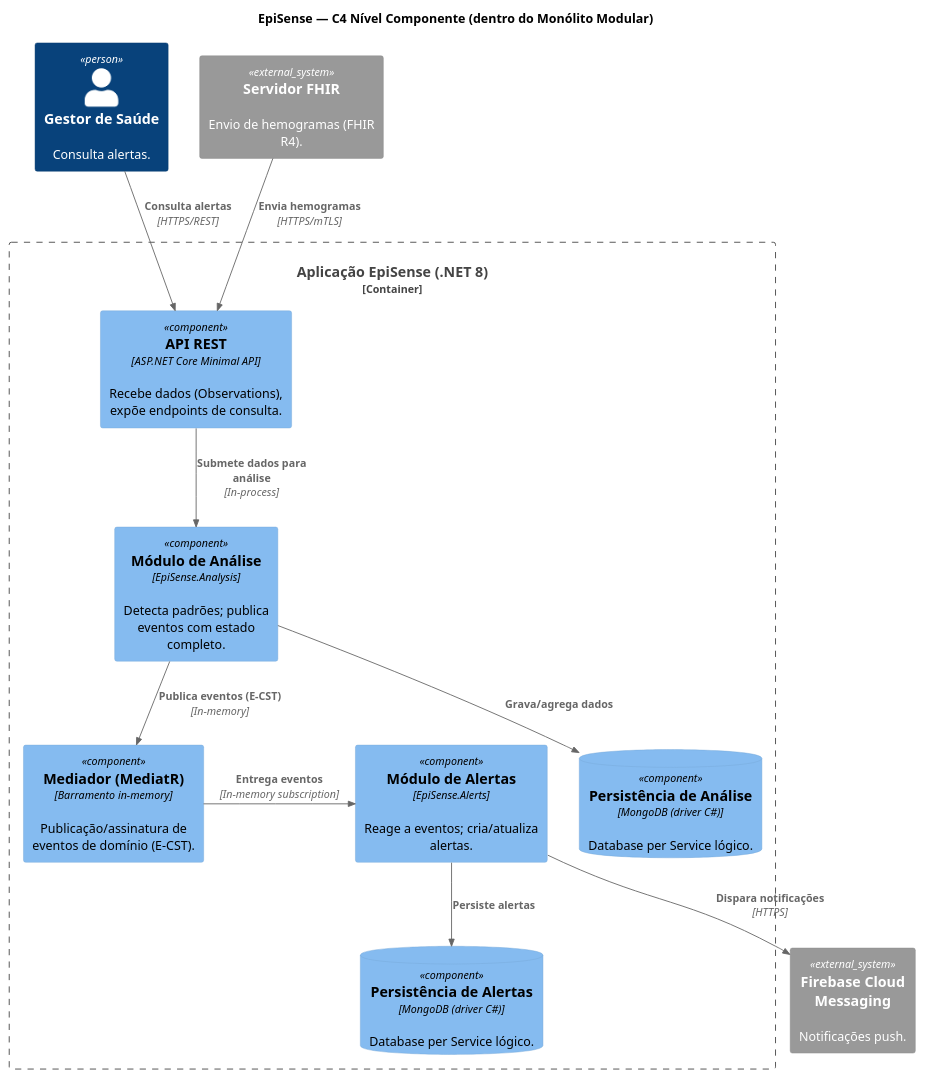
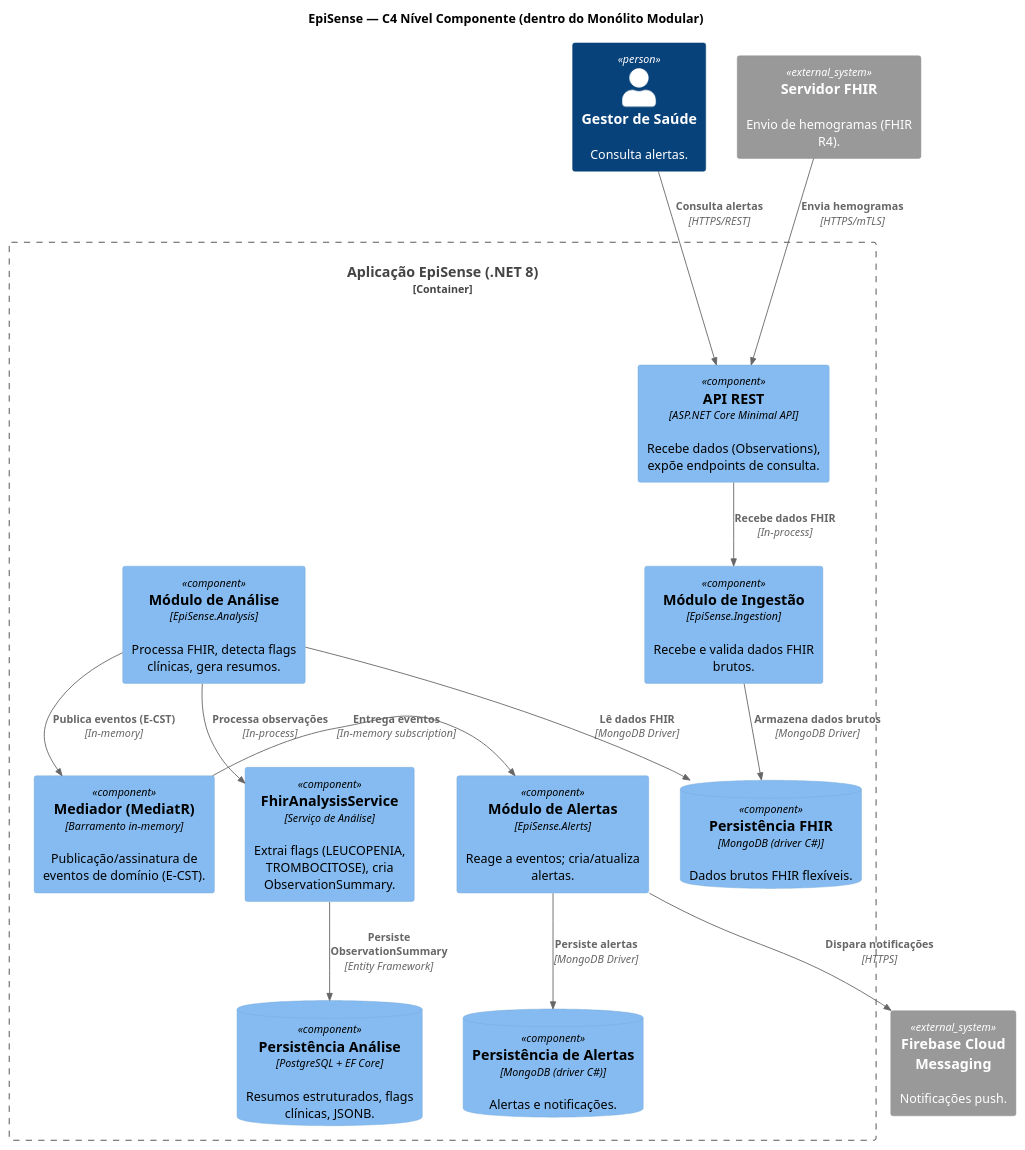
The diagram in doc/diagrams/components.puml (Omega050/EpiSense), drawn with PlantUML before and after one commit. The commit also changed 25 other files, not shown here.

```diff
--- a/doc/diagrams/components.puml
+++ b/doc/diagrams/components.puml
@@ -1,36 +1,54 @@
 @startuml episense-c4-components
 !include https://raw.githack.com/plantuml-stdlib/C4-PlantUML/master/C4_Component.puml
 
 title "EpiSense — C4 Nível Componente (dentro do Monólito Modular)"
 
 ' Atores/Sistemas externos (interagem com componentes específicos)
 Person(manager, "Gestor de Saúde", "Consulta alertas.")
 System_Ext(fhir_server, "Servidor FHIR", "Envio de hemogramas (FHIR R4).")
 System_Ext(fcm, "Firebase Cloud Messaging", "Notificações push.")
 
 ' Limite do contêiner (aplicação monolítica)
 Container_Boundary(app, "Aplicação EpiSense (.NET 8)") {
   Component(api, "API REST", "ASP.NET Core Minimal API", "Recebe dados (Observations), expõe endpoints de consulta.")
   Component(mediator, "Mediador (MediatR)", "Barramento in-memory", "Publicação/assinatura de eventos de domínio (E-CST).")
-  Component(analysis_mod, "Módulo de Análise", "EpiSense.Analysis", "Detecta padrões; publica eventos com estado completo.")
+  
+  ' Módulo de Ingestão
+  Component(ingestion_mod, "Módulo de Ingestão", "EpiSense.Ingestion", "Recebe e valida dados FHIR brutos.")
+  
+  ' Módulo de Análise
+  Component(analysis_mod, "Módulo de Análise", "EpiSense.Analysis", "Processa FHIR, detecta flags clínicas, gera resumos.")
+  Component(fhir_service, "FhirAnalysisService", "Serviço de Análise", "Extrai flags (LEUCOPENIA, TROMBOCITOSE), cria ObservationSummary.")
+  
   Component(alerts_mod, "Módulo de Alertas", "EpiSense.Alerts", "Reage a eventos; cria/atualiza alertas.")
-  ComponentDb(analysis_repo, "Persistência de Análise", "MongoDB (driver C#)", "Database per Service lógico.")
-  ComponentDb(alerts_repo, "Persistência de Alertas", "MongoDB (driver C#)", "Database per Service lógico.")
+  
+  ' Persistência Híbrida (ADR-006)
+  ComponentDb(mongo_repo, "Persistência FHIR", "MongoDB (driver C#)", "Dados brutos FHIR flexíveis.")
+  ComponentDb(postgres_repo, "Persistência Análise", "PostgreSQL + EF Core", "Resumos estruturados, flags clínicas, JSONB.")
+  ComponentDb(alerts_repo, "Persistência de Alertas", "MongoDB (driver C#)", "Alertas e notificações.")
 }
 
 ' Relações externas
 Rel(fhir_server, api, "Envia hemogramas", "HTTPS/mTLS")
 Rel(manager, api, "Consulta alertas", "HTTPS/REST")
 Rel(alerts_mod, fcm, "Dispara notificações", "HTTPS")
 
-' Relações internas
-Rel(api, analysis_mod, "Submete dados para análise", "In-process")
+' Relações internas - Fluxo de Dados (ADR-006: Arquitetura Híbrida)
+Rel(api, ingestion_mod, "Recebe dados FHIR", "In-process")
+Rel(ingestion_mod, mongo_repo, "Armazena dados brutos", "MongoDB Driver")
+
+Rel(analysis_mod, mongo_repo, "Lê dados FHIR", "MongoDB Driver")
+Rel(analysis_mod, fhir_service, "Processa observações", "In-process")
+Rel(fhir_service, postgres_repo, "Persiste ObservationSummary", "Entity Framework")
+
 Rel(analysis_mod, mediator, "Publica eventos (E-CST)", "In-memory")
 Rel_R(mediator, alerts_mod, "Entrega eventos", "In-memory subscription")
-Rel(analysis_mod, analysis_repo, "Grava/agrega dados", "")
-Rel(alerts_mod, alerts_repo, "Persiste alertas", "")
+Rel(alerts_mod, alerts_repo, "Persiste alertas", "MongoDB Driver")
 
 ' Notas de alinhamento com ADRs
-' - ADR-001/002: .NET 8 + MongoDB (driver nativo)
-' - ADR-003 (revisado): Mediador in-memory (MediatR), Database per Service lógico, módulos desacoplados
+' - ADR-001: .NET 8 + C# para backend
+' - ADR-002: MongoDB com driver nativo para dados FHIR brutos
+' - ADR-006: Arquitetura híbrida - MongoDB (ingestão) + PostgreSQL (análise)
+' - ADR-003: Mediador in-memory (MediatR), módulos desacoplados
+' - Implementação: FhirAnalysisService, ObservationSummary, Clinical Flags
 @enduml
```
